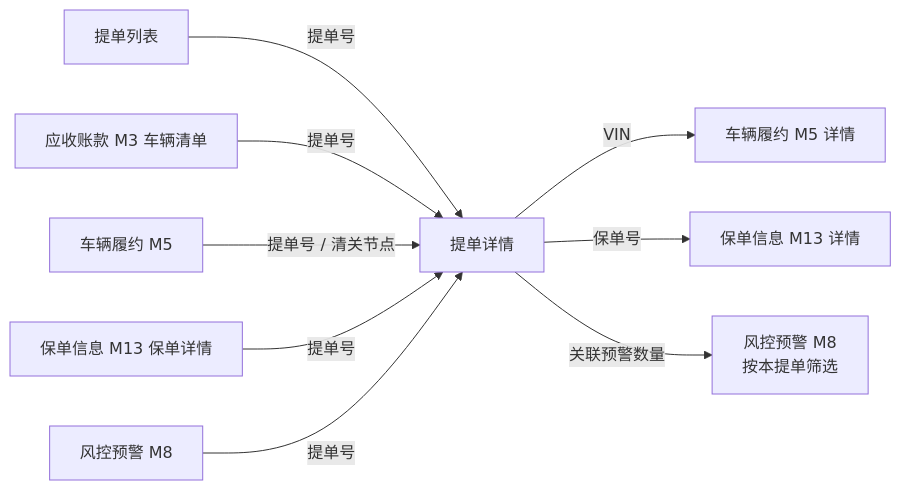
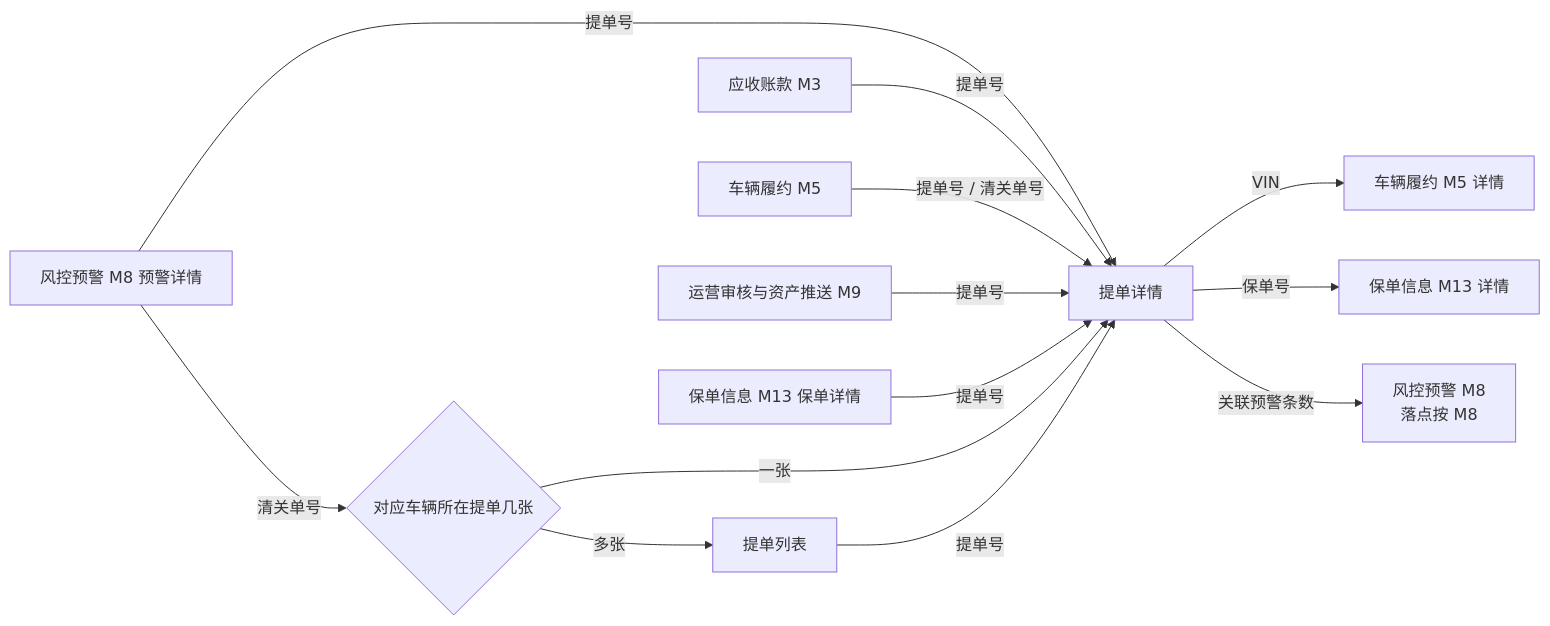
One commit to wxblockchain/Chain-Financing changed the third of 4 diagrams in asset-trust-platform/PRD/运营端/M12-提单信息/02-提单信息-流程图与状态机.md. Above: the diagram before and after it, drawn with Mermaid. The commit also changed other lines of this file and 3 other files, not shown here.

````diff
--- a/asset-trust-platform/PRD/运营端/M12-提单信息/02-提单信息-流程图与状态机.md
+++ b/asset-trust-platform/PRD/运营端/M12-提单信息/02-提单信息-流程图与状态机.md
@@ -67,12 +67,16 @@
 ```mermaid
 flowchart LR
     L[提单列表] -- 提单号 --> D
-    M3[应收账款 M3 车辆清单] -- 提单号 --> D
-    M5[车辆履约 M5] -- 提单号 / 清关节点 --> D
+    M3[应收账款 M3] -- 提单号 --> D
+    M5[车辆履约 M5] -- 提单号 / 清关单号 --> D
+    M9[运营审核与资产推送 M9] -- 提单号 --> D
     M13[保单信息 M13 保单详情] -- 提单号 --> D
-    M8[风控预警 M8] -- 提单号 --> D
+    M8[风控预警 M8 预警详情] -- 提单号 --> D
+    M8 -- 清关单号 --> C{对应车辆所在提单几张}
+    C -->|一张| D
+    C -->|多张| L
     D[提单详情]
     D -- VIN --> V[车辆履约 M5 详情]
     D -- 保单号 --> I[保单信息 M13 详情]
-    D -- 关联预警数量 --> W[风控预警 M8<br/>按本提单筛选]
+    D -- 关联预警条数 --> W[风控预警 M8<br/>落点按 M8]
 ```
````
